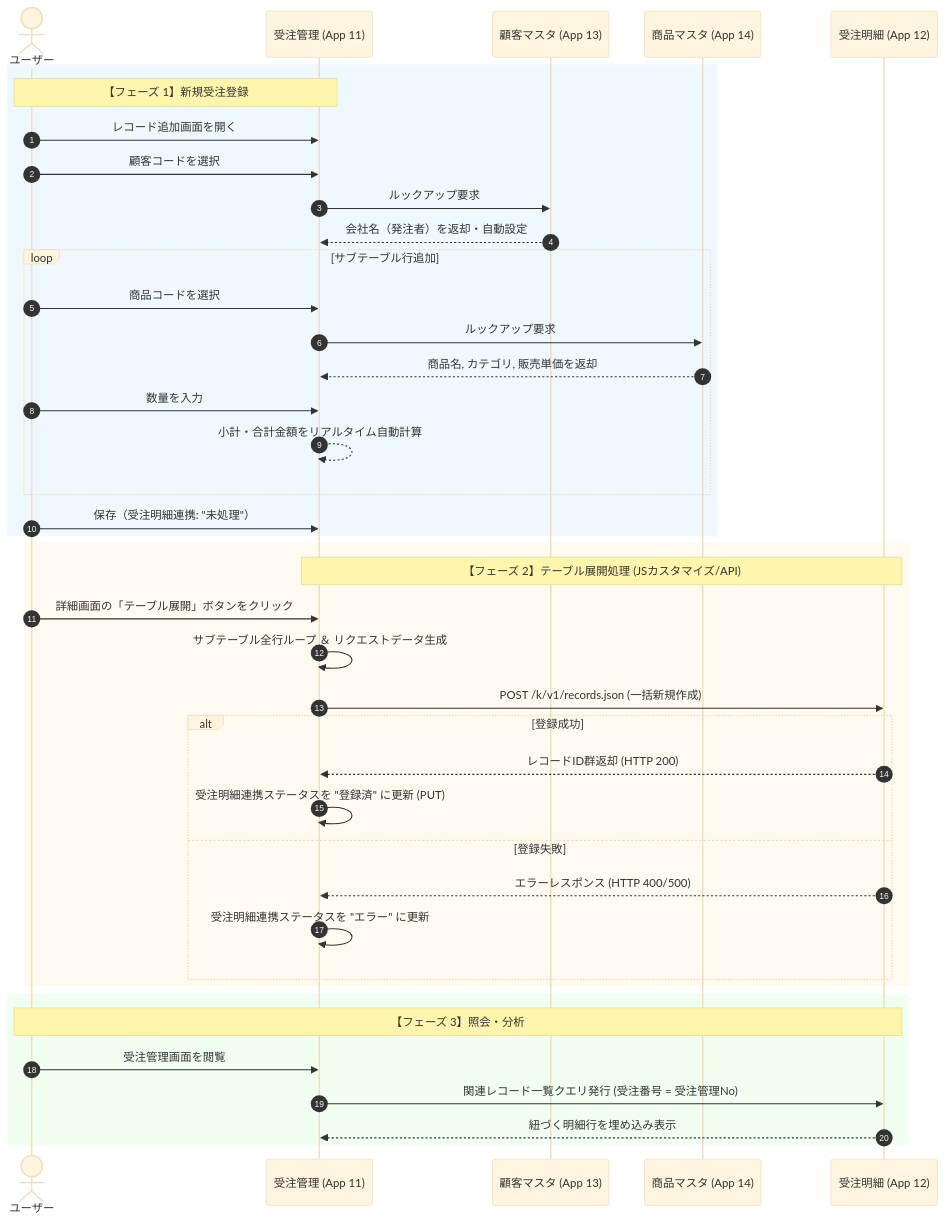
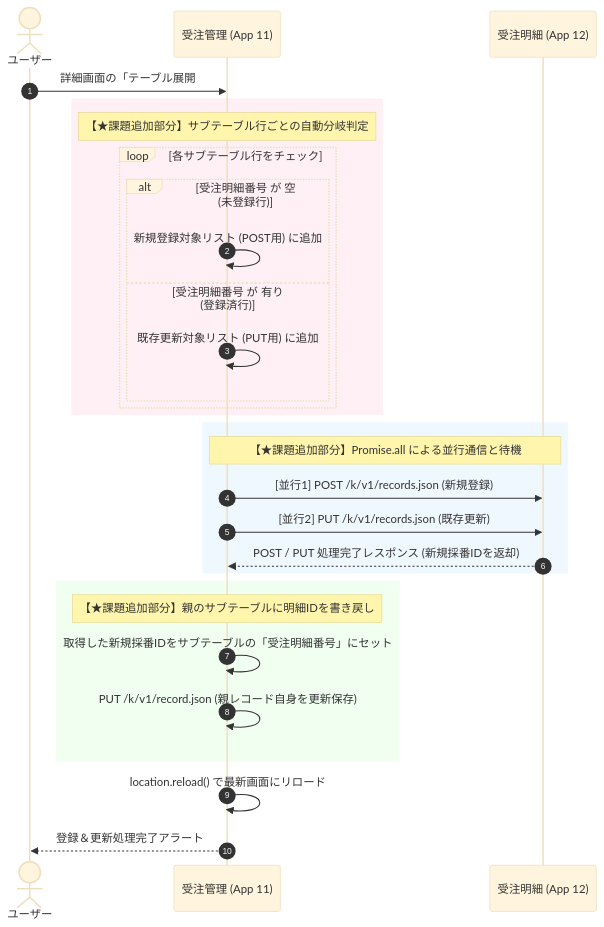
Before and after one commit to Kazu-matu/kintone-lessen: the third of 3 diagrams in docs/受注管理仕様.md, drawn with Mermaid (base theme). The commit also changed other lines of this file and 6 other files, not shown here.

````diff
--- a/docs/受注管理仕様.md
+++ b/docs/受注管理仕様.md
@@ -192,47 +199,36 @@
 ```mermaid
 sequenceDiagram
     autonumber
     actor User as ユーザー
     participant App11 as 受注管理 (App 11)
-    participant App13 as 顧客マスタ (App 13)
-    participant App14 as 商品マスタ (App 14)
     participant App12 as 受注明細 (App 12)
 
-    rect rgb(240, 248, 255)
-        Note over User, App11: 【フェーズ 1】新規受注登録
-        User->>App11: レコード追加画面を開く
-        User->>App11: 顧客コードを選択
-        App11->>App13: ルックアップ要求
-        App13-->>App11: 会社名（発注者）を返却・自動設定
-        
-        loop サブテーブル行追加
-            User->>App11: 商品コードを選択
-            App11->>App14: ルックアップ要求
-            App14-->>App11: 商品名, カテゴリ, 販売単価を返却
-            User->>App11: 数量を入力
-            App11-->>App11: 小計・合計金額をリアルタイム自動計算
-        end
-        User->>App11: 保存（受注明細連携: "未処理"）
-    end
-
-    rect rgb(255, 250, 240)
-        Note over App11, App12: 【フェーズ 2】テーブル展開処理 (JSカスタマイズ/API)
-        User->>App11: 詳細画面の「テーブル展開」ボタンをクリック
-        App11->>App11: サブテーブル全行ループ ＆ リクエストデータ生成
-        App11->>App12: POST /k/v1/records.json (一括新規作成)
-        alt 登録成功
-            App12-->>App11: レコードID群返却 (HTTP 200)
-            App11->>App11: 受注明細連携ステータスを "登録済" に更新 (PUT)
-        else 登録失敗
-            App12-->>App11: エラーレスポンス (HTTP 400/500)
-            App11->>App11: 受注明細連携ステータスを "エラー" に更新
+    User->>App11: 詳細画面の「テーブル展開#3」ボタンをクリック
+    
+    rect rgb(255, 240, 245)
+        Note over App11: 【★課題追加部分】サブテーブル行ごとの自動分岐判定
+        loop 各サブテーブル行をチェック
+            alt 受注明細番号 が 空 (未登録行)
+                App11->>App11: 新規登録対象リスト (POST用) に追加
+            else 受注明細番号 が 有り (登録済行)
+                App11->>App11: 既存更新対象リスト (PUT用) に追加
+            end
         end
     end
 
+    rect rgb(240, 248, 255)
+        Note over App11, App12: 【★課題追加部分】Promise.all による並行通信と待機
+        App11->>App12: [並行1] POST /k/v1/records.json (新規登録)
+        App11->>App12: [並行2] PUT /k/v1/records.json (既存更新)
+        App12-->>App11: POST / PUT 処理完了レスポンス (新規採番IDを返却)
+    end
+
     rect rgb(240, 255, 240)
-        Note over User, App12: 【フェーズ 3】照会・分析
-        User->>App11: 受注管理画面を閲覧
-        App11->>App12: 関連レコード一覧クエリ発行 (受注番号 = 受注管理No)
-        App12-->>App11: 紐づく明細行を埋め込み表示
+        Note over App11: 【★課題追加部分】親のサブテーブルに明細IDを書き戻し
+        App11->>App11: 取得した新規採番IDをサブテーブルの「受注明細番号」にセット
+        App11->>App11: PUT /k/v1/record.json (親レコード自身を更新保存)
     end
+    
+    App11->>App11: location.reload() で最新画面にリロード
+    App11-->>User: 登録＆更新処理完了アラート
 ```
````
